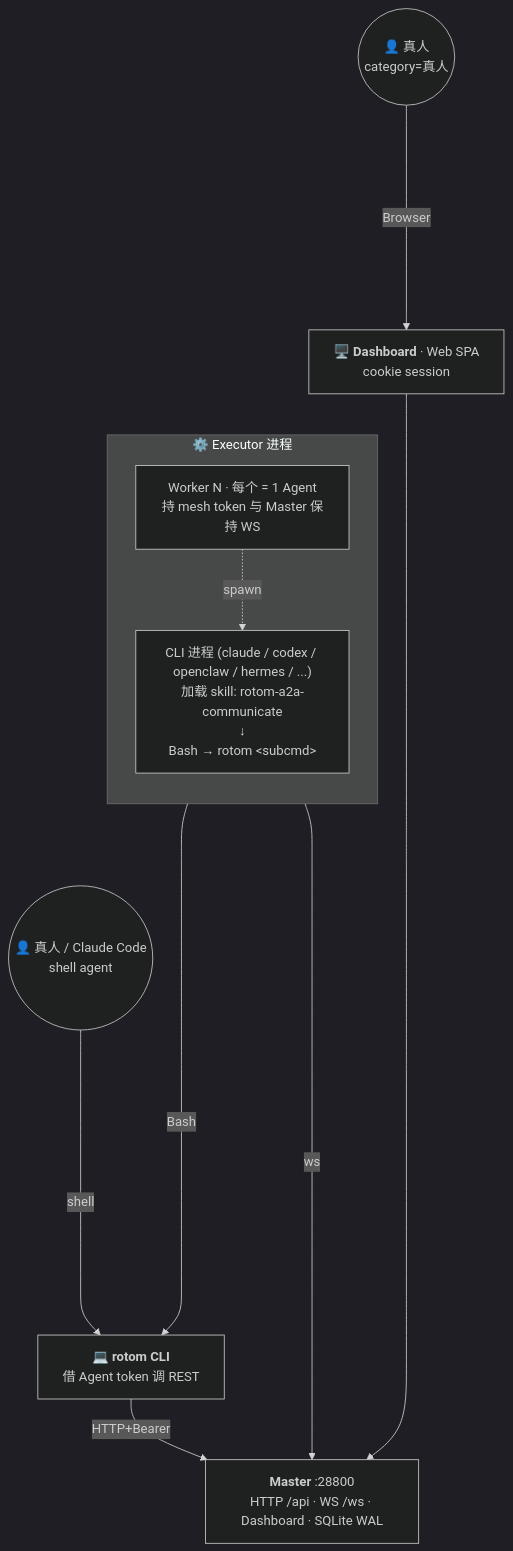
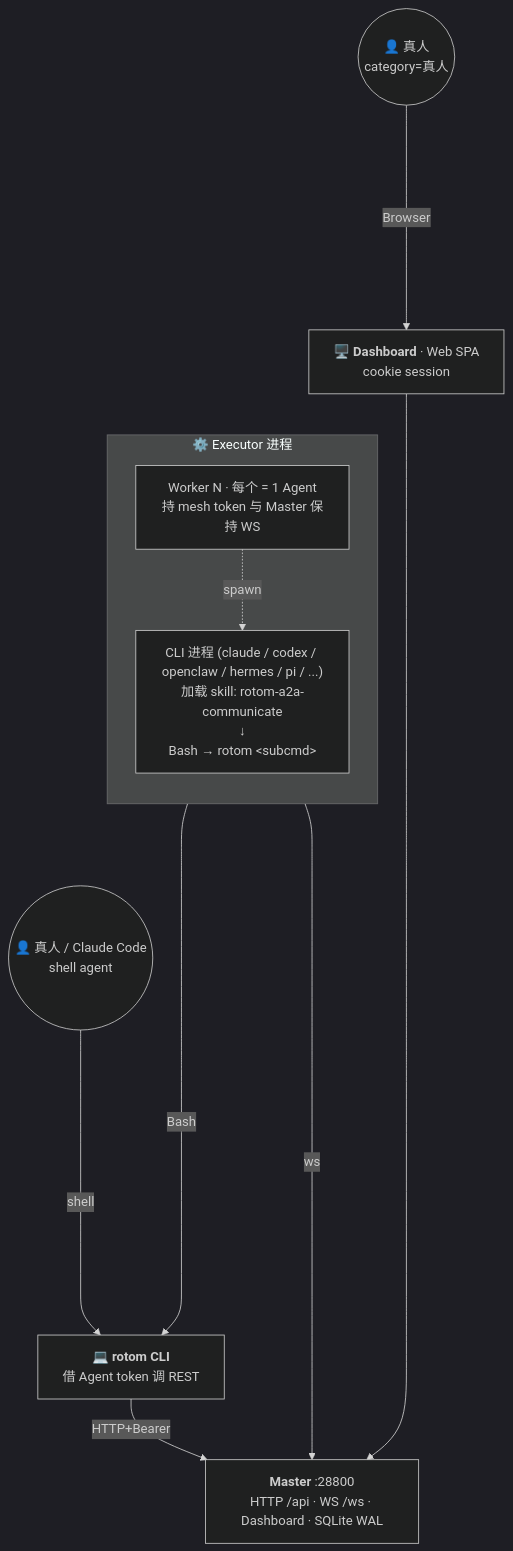
One commit to konglx90/rotom changed the diagram in README.md. Above: the diagram before and after it, drawn with Mermaid (dark theme). The commit also changed other lines of this file and 7 other files, not shown here.

````diff
--- a/README.md
+++ b/README.md
@@ -7,23 +7,23 @@
 ```mermaid
 flowchart TB
     M["<b>Master</b> :28800<br/>HTTP /api · WS /ws · Dashboard · SQLite WAL"]
 
     subgraph EX["⚙️  Executor 进程"]
         direction TB
         W["Worker N · 每个 = 1 Agent<br/>持 mesh token 与 Master 保持 WS"]
-        A["CLI 进程 (claude / codex / openclaw / hermes / ...)<br/>加载 skill: rotom-a2a-communicate<br/>↓<br/>Bash → rotom &lt;subcmd&gt;"]
+        A["CLI 进程 (claude / codex / openclaw / hermes / pi / ...)<br/>加载 skill: rotom-a2a-communicate<br/>↓<br/>Bash → rotom &lt;subcmd&gt;"]
         W -. spawn .-> A
     end
 
     R["💻 <b>rotom CLI</b><br/>借 Agent token 调 REST"]
     D["🖥️ <b>Dashboard</b> · Web SPA<br/>cookie session"]
     H1(("👤 真人<br/>category=真人"))
     H2(("👤 真人 / Claude Code<br/>shell agent"))
 
     W  -- ws ----------> M
     A  -- Bash --------> R
     H2 -- shell -------> R
     R  -- HTTP+Bearer --> M
     H1 -- Browser ------> D
     D  ----------------> M
 ```
````
